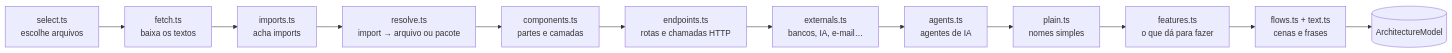
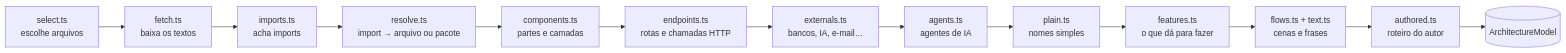
One commit to Yourdevdaniel/repartments changed the diagram in docs/analise.md. Above: the diagram before and after it, drawn with Mermaid. The commit also changed other lines of this file and 5 other files, not shown here.

````diff
--- a/docs/analise.md
+++ b/docs/analise.md
@@ -5,14 +5,15 @@
 ```mermaid
 flowchart LR
   A[select.ts<br/>escolhe arquivos] --> B[fetch.ts<br/>baixa os textos]
   B --> C[imports.ts<br/>acha imports]
   C --> D[resolve.ts<br/>import → arquivo ou pacote]
   D --> E[components.ts<br/>partes e camadas]
   E --> F[endpoints.ts<br/>rotas e chamadas HTTP]
   F --> G[externals.ts<br/>bancos, IA, e-mail…]
   G --> H[agents.ts<br/>agentes de IA]
   H --> P[plain.ts<br/>nomes simples]
   P --> J[features.ts<br/>o que dá para fazer]
   J --> I[flows.ts + text.ts<br/>cenas e frases]
-  I --> M[(ArchitectureModel)]
+  I --> R[authored.ts<br/>roteiro do autor]
+  R --> M[(ArchitectureModel)]
 ```
````
